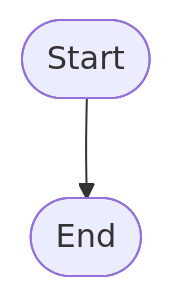
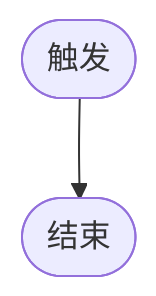
One commit to jackykarma/Verity changed the seventh of 13 diagrams in specs/main/plan.md. Above: the diagram before and after it, drawn with Mermaid. The commit also changed other lines of this file and 1 other file, not shown here.

````diff
--- a/specs/main/plan.md
+++ b/specs/main/plan.md
@@ -203,5 +307,4 @@
 ```mermaid
 flowchart TD
-  %% TODO
-  Start2([Start]) --> End2([End])
+  Start2([触发]) --> End2([结束])
 ```
````
